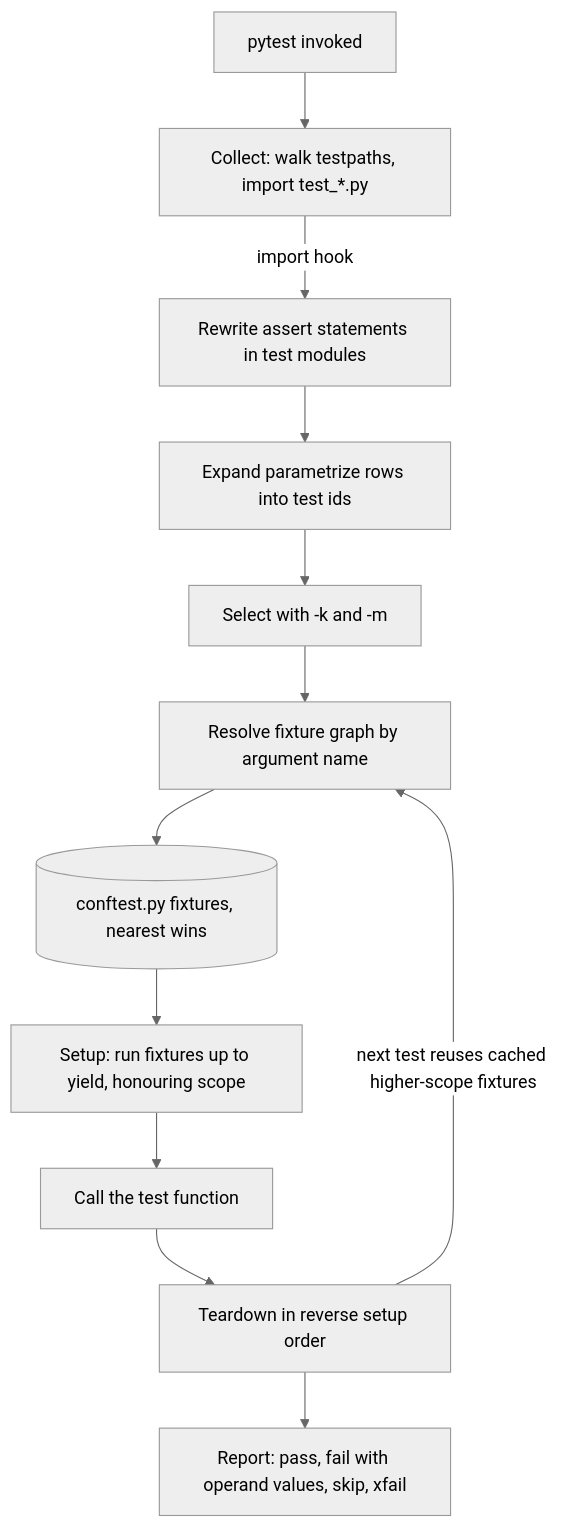
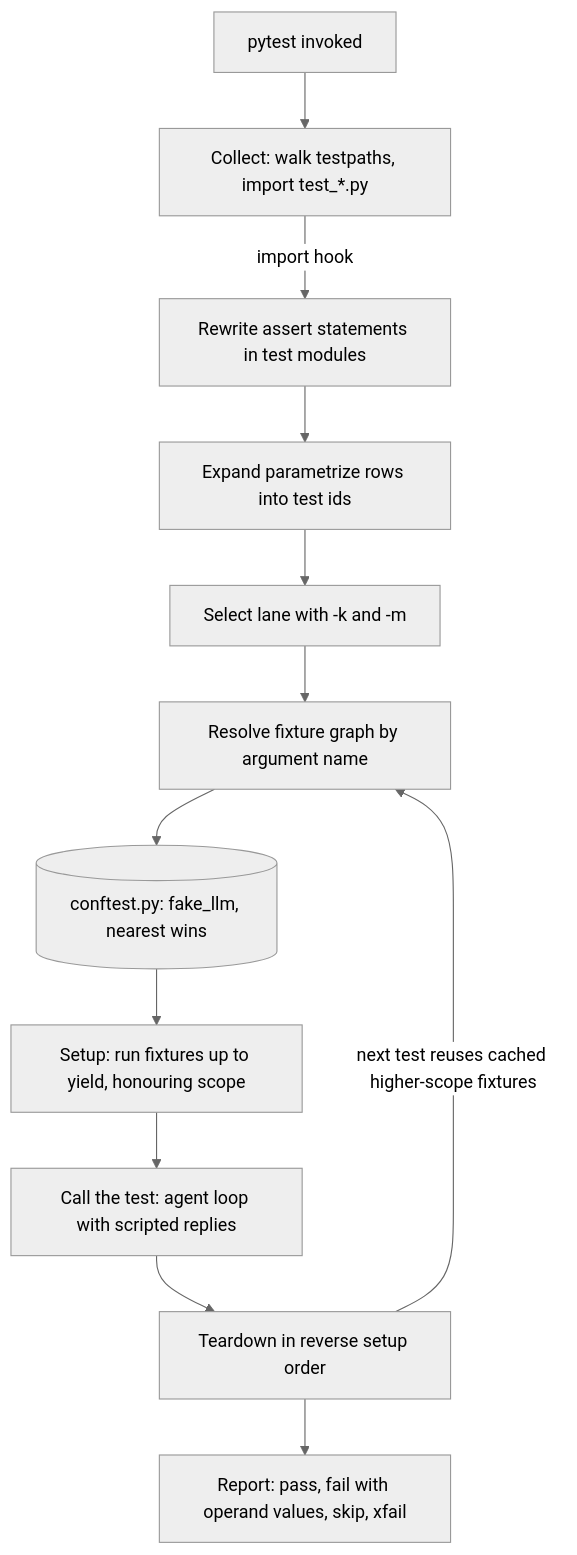
Before and after one commit to lovishmahajan97/agentic-learning: the diagram in content/python-for-ai/pytest.md, drawn with Mermaid (neutral theme). The commit also changed other lines of this file and 266 other files, not shown here.

````diff
--- a/content/python-for-ai/pytest.md
+++ b/content/python-for-ai/pytest.md
@@ -137,14 +167,14 @@
 ```mermaid
 flowchart TD
     S["pytest invoked"] --> C["Collect: walk testpaths, import test_*.py"]
     C -->|"import hook"| R["Rewrite assert statements in test modules"]
     R --> P["Expand parametrize rows into test ids"]
-    P --> F["Select with -k and -m"]
+    P --> F["Select lane with -k and -m"]
     F --> G["Resolve fixture graph by argument name"]
-    G --> CF[("conftest.py fixtures, nearest wins")]
+    G --> CF[("conftest.py: fake_llm, nearest wins")]
     CF --> U["Setup: run fixtures up to yield, honouring scope"]
-    U --> T["Call the test function"]
+    U --> T["Call the test: agent loop with scripted replies"]
     T --> D["Teardown in reverse setup order"]
     D --> O["Report: pass, fail with operand values, skip, xfail"]
     D -->|"next test reuses cached higher-scope fixtures"| G
 ```
````
